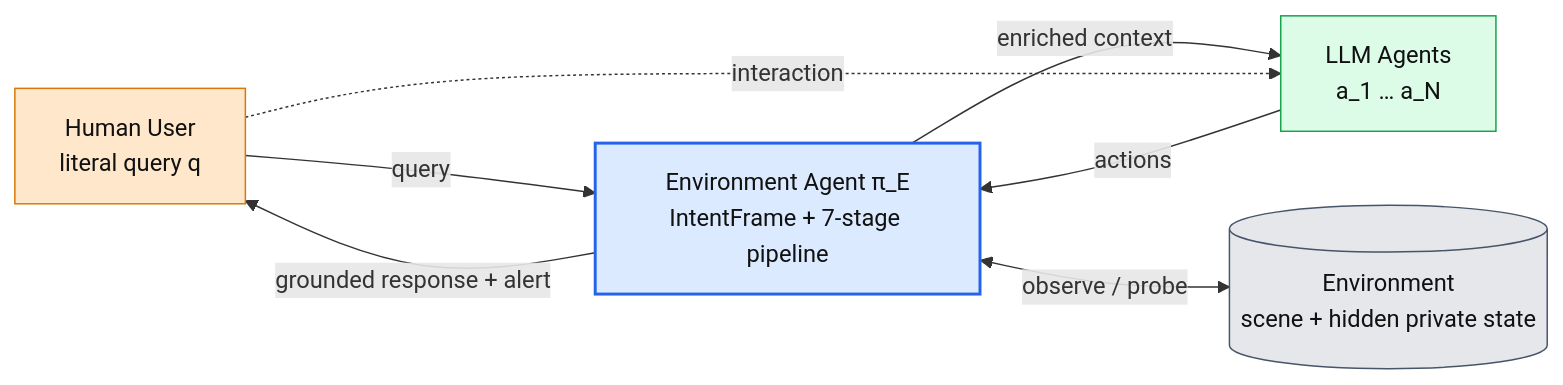
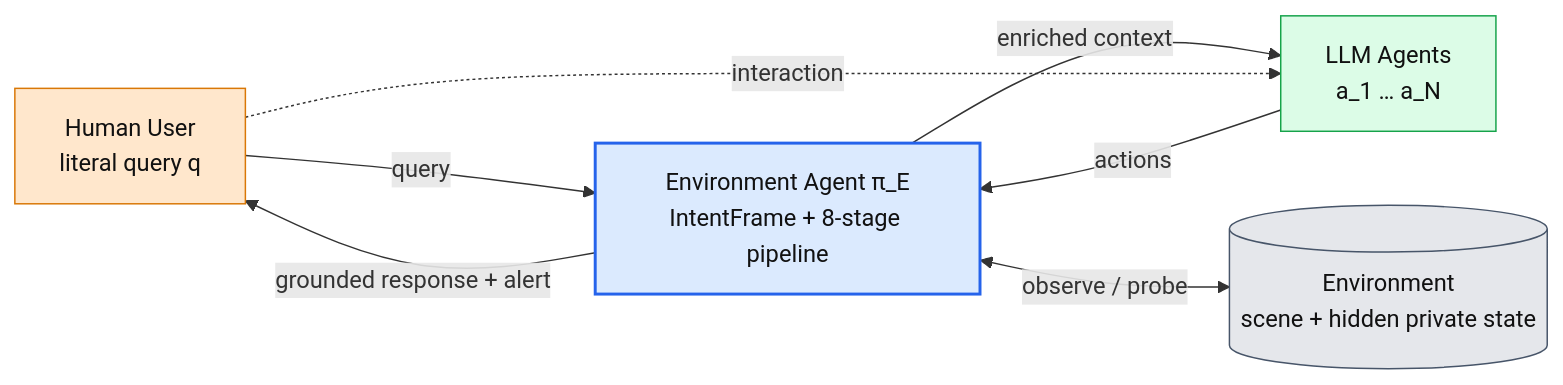
The first of 4 diagrams in README.md (innovation64/AURA), drawn with Mermaid before and after one commit. The commit also changed other lines of this file, not shown here.

````diff
--- a/README.md
+++ b/README.md
@@ -43,19 +51,19 @@
 ```mermaid
 flowchart LR
     U[Human User<br/>literal query q]:::human
     A[LLM Agents<br/>a_1 … a_N]:::agent
     E[(Environment<br/>scene + hidden private state)]:::env
-    EA[Environment Agent π_E<br/>IntentFrame + 7-stage pipeline]:::aura
+    EA[Environment Agent π_E<br/>IntentFrame + 8-stage pipeline]:::aura
 
     U -->|query| EA
     EA -->|grounded response + alert| U
     A -->|actions| EA
     EA -->|enriched context| A
     EA <-->|observe / probe| E
     U -.->|interaction| A
 
     classDef human fill:#ffe7cc,stroke:#d97706,color:#111
     classDef agent fill:#dcfce7,stroke:#16a34a,color:#111
     classDef env   fill:#e5e7eb,stroke:#475569,color:#111
     classDef aura  fill:#dbeafe,stroke:#2563eb,color:#111,stroke-width:2px
 ```
````
